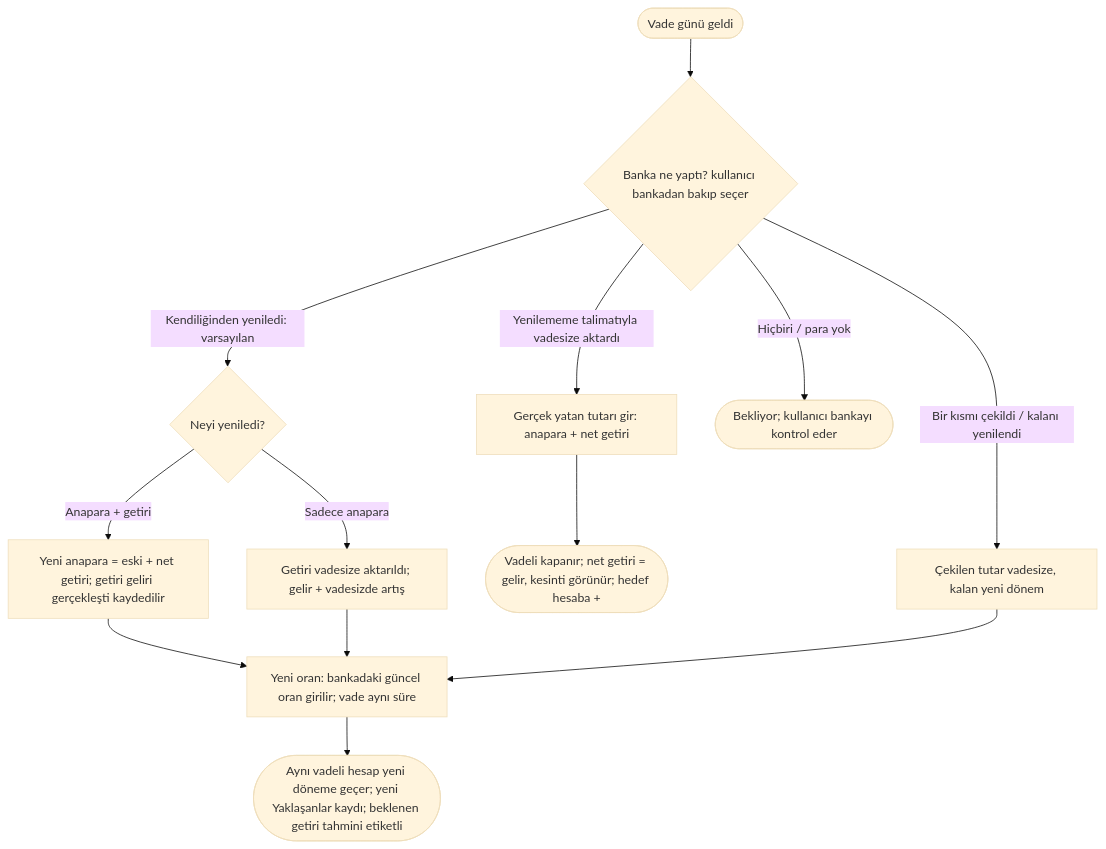
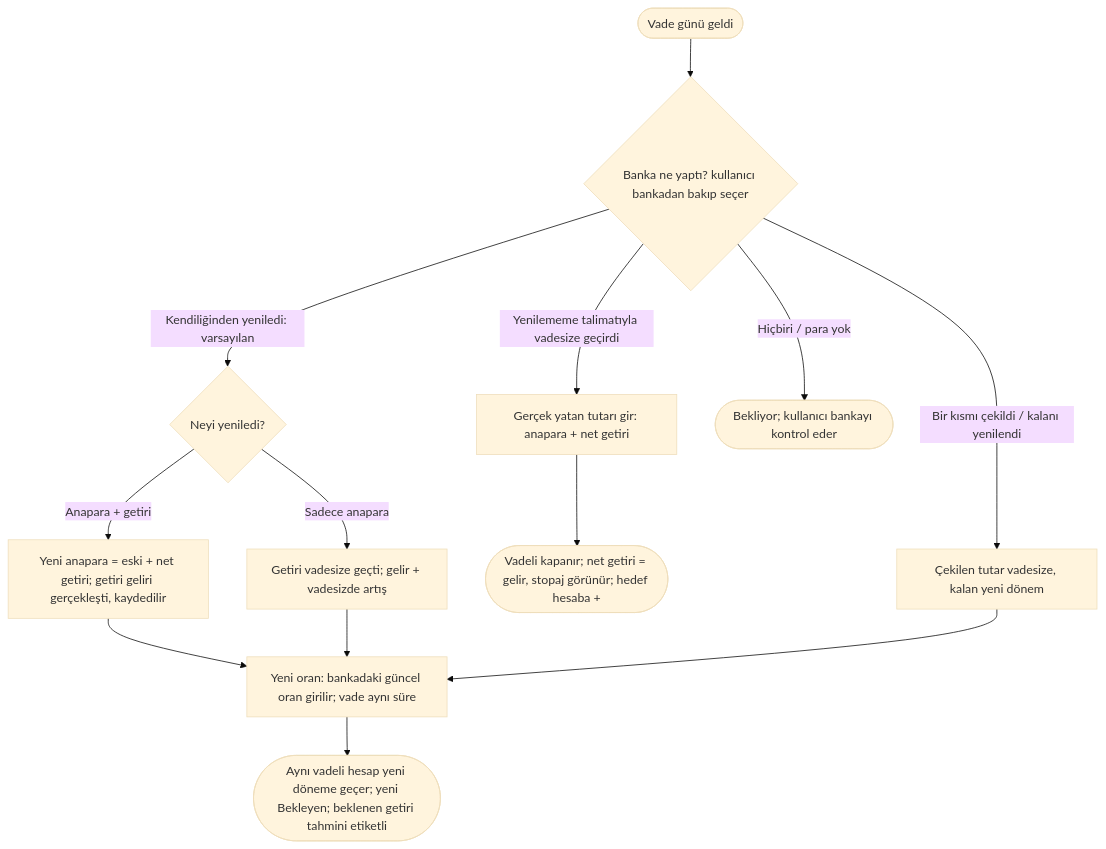
Before and after one commit to akderelianil/aa-finance: the second of 3 diagrams in docs/ux/akislar/AKS-018-vadeli-hesap.md, drawn with Mermaid (base theme). The commit also changed other lines of this file and 18 other files, not shown here.

````diff
--- a/docs/ux/akislar/AKS-018-vadeli-hesap.md
+++ b/docs/ux/akislar/AKS-018-vadeli-hesap.md
@@ -45,15 +45,15 @@
 ```mermaid
 flowchart TD
   S([Vade günü geldi]) --> Q{Banka ne yaptı? kullanıcı bankadan bakıp seçer}
   Q -- Kendiliğinden yeniledi: varsayılan --> R{Neyi yeniledi?}
-  R -- Anapara + getiri --> R1[Yeni anapara = eski + net getiri; getiri geliri gerçekleşti kaydedilir]
-  R -- Sadece anapara --> R2[Getiri vadesize aktarıldı; gelir + vadesizde artış]
+  R -- Anapara + getiri --> R1[Yeni anapara = eski + net getiri; getiri geliri gerçekleşti, kaydedilir]
+  R -- Sadece anapara --> R2[Getiri vadesize geçti; gelir + vadesizde artış]
   R1 --> R3[Yeni oran: bankadaki güncel oran girilir; vade aynı süre]
   R2 --> R3
-  R3 --> R4([Aynı vadeli hesap yeni döneme geçer; yeni Yaklaşanlar kaydı; beklenen getiri tahmini etiketli])
-  Q -- Yenilememe talimatıyla vadesize aktardı --> A1[Gerçek yatan tutarı gir: anapara + net getiri]
-  A1 --> A2([Vadeli kapanır; net getiri = gelir, kesinti görünür; hedef hesaba +])
+  R3 --> R4([Aynı vadeli hesap yeni döneme geçer; yeni Bekleyen; beklenen getiri tahmini etiketli])
+  Q -- Yenilememe talimatıyla vadesize geçirdi --> A1[Gerçek yatan tutarı gir: anapara + net getiri]
+  A1 --> A2([Vadeli kapanır; net getiri = gelir, stopaj görünür; hedef hesaba +])
   Q -- Bir kısmı çekildi / kalanı yenilendi --> P[Çekilen tutar vadesize, kalan yeni dönem]
   P --> R3
   Q -- Hiçbiri / para yok --> W([Bekliyor; kullanıcı bankayı kontrol eder])
 ```
````
